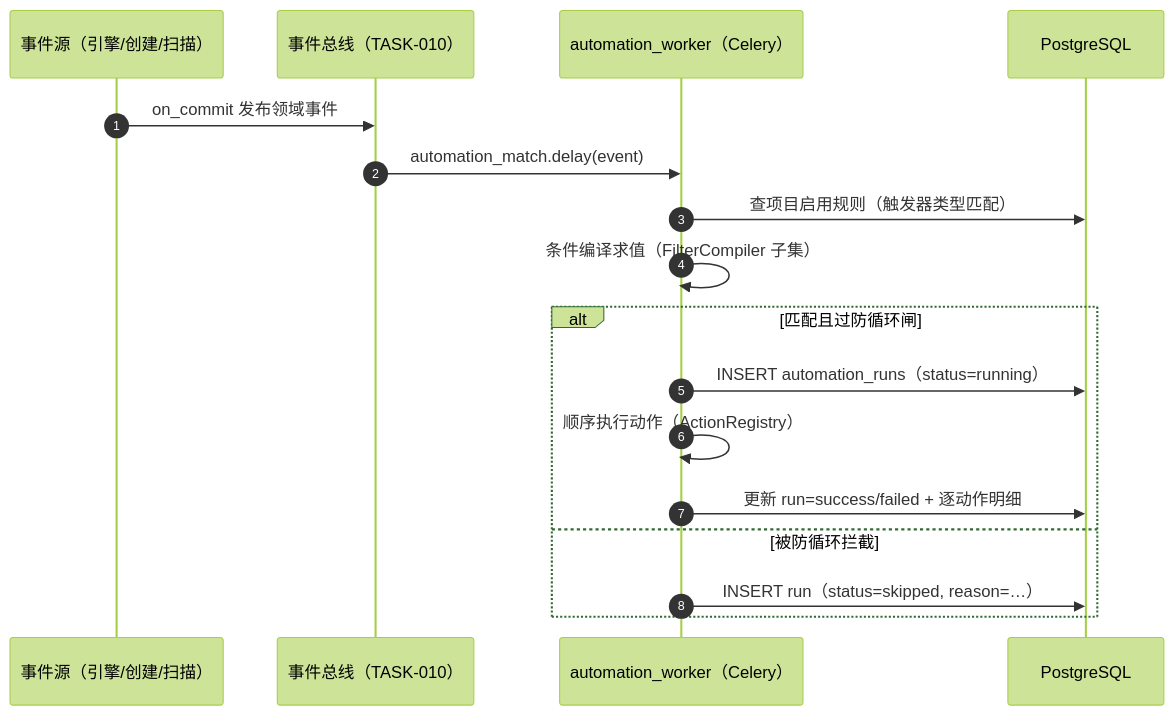
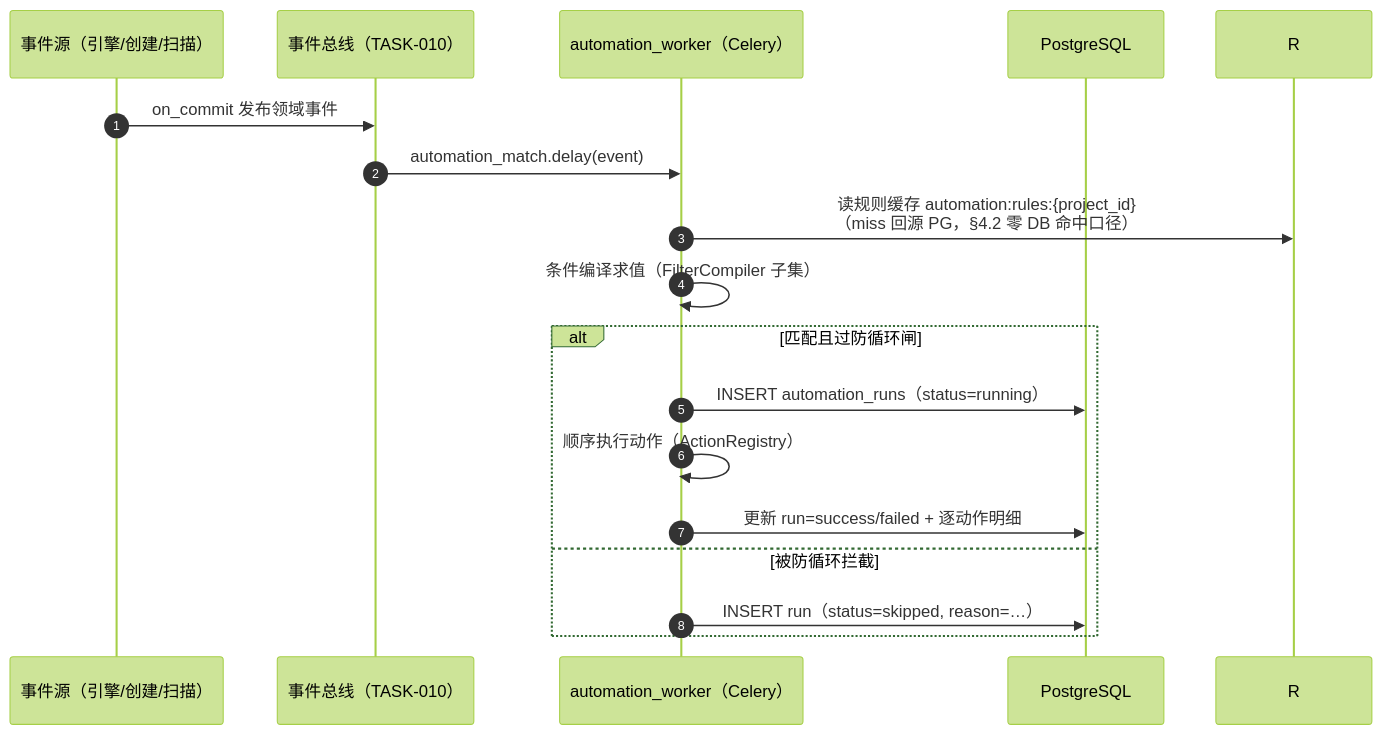
Before and after one commit to RabbitAI-Lab/RabbitProjects: the second of 2 diagrams in docs/sprint-7-enterprise-workflow/WF-003-automation-rules.md, drawn with Mermaid (forest theme). The commit also changed other lines of this file and 9 other files, not shown here.

````diff
--- a/docs/sprint-7-enterprise-workflow/WF-003-automation-rules.md
+++ b/docs/sprint-7-enterprise-workflow/WF-003-automation-rules.md
@@ -133,20 +133,20 @@
 ```mermaid
 sequenceDiagram
     autonumber
     participant SRC as 事件源（引擎/创建/扫描）
     participant BUS as 事件总线（TASK-010）
     participant W as automation_worker（Celery）
     participant PG as PostgreSQL
 
     SRC->>BUS: on_commit 发布领域事件
     BUS->>W: automation_match.delay(event)
-    W->>PG: 查项目启用规则（触发器类型匹配）
+    W->>R: 读规则缓存 automation:rules:{project_id}<br/>（miss 回源 PG，§4.2 零 DB 命中口径）
     W->>W: 条件编译求值（FilterCompiler 子集）
     alt 匹配且过防循环闸
         W->>PG: INSERT automation_runs（status=running）
         W->>W: 顺序执行动作（ActionRegistry）
         W->>PG: 更新 run=success/failed + 逐动作明细
     else 被防循环拦截
         W->>PG: INSERT run（status=skipped, reason=…）
     end
 ```
````
